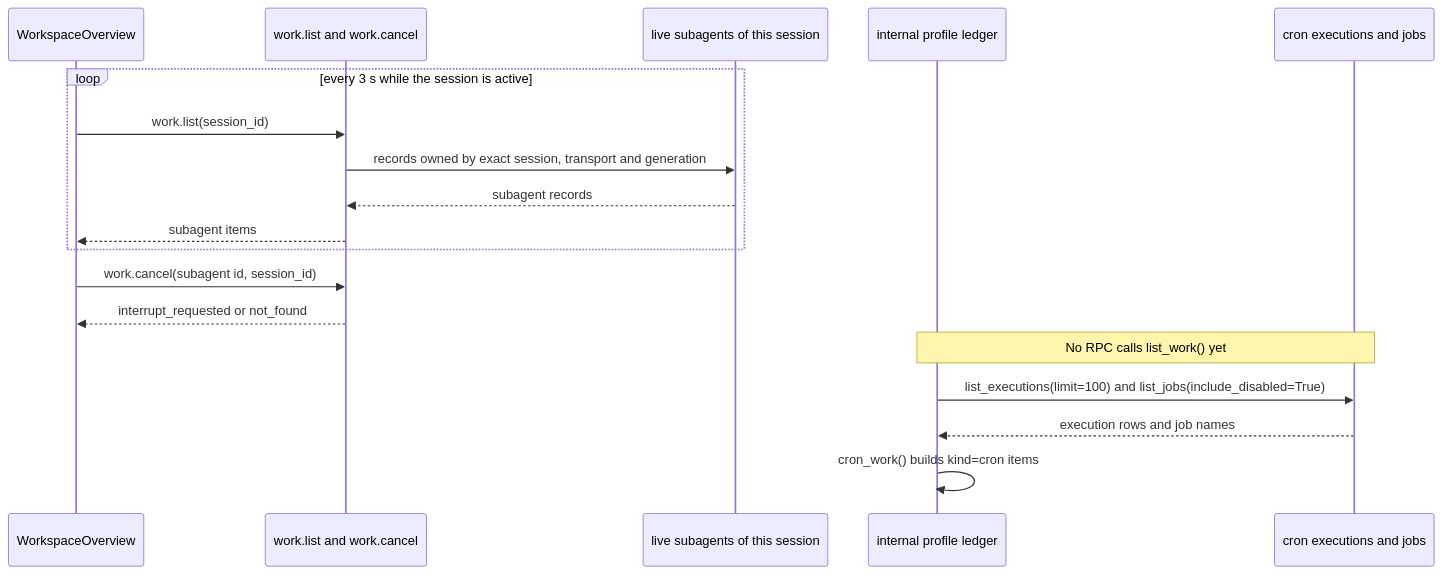
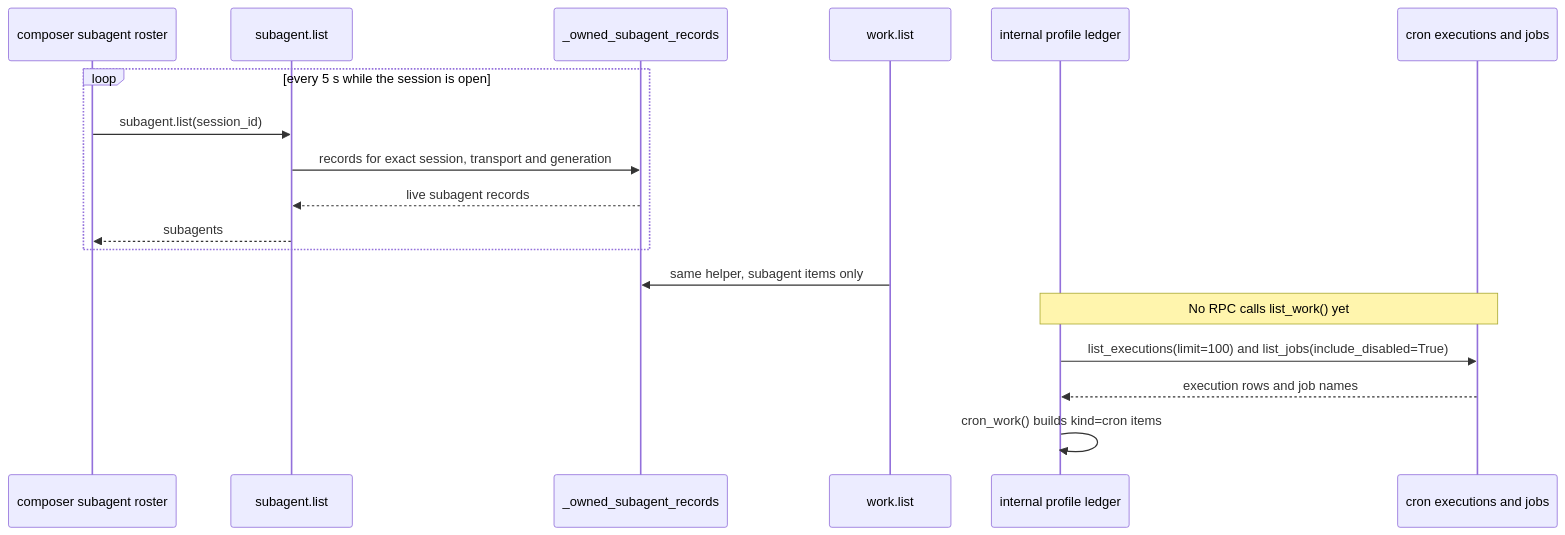
Before and after one commit to 9529360-cpu/stardust-hermes: the second of 2 diagrams in docs/developer-guide/work-ledger-system-design.md, drawn with Mermaid. The commit also changed other lines of this file, not shown here.

First line of the commit message:
docs(work): describe the backend-only scope of this branch

````diff
--- a/docs/developer-guide/work-ledger-system-design.md
+++ b/docs/developer-guide/work-ledger-system-design.md
@@ -101,22 +103,21 @@
 ```mermaid
 sequenceDiagram
-    participant UI as WorkspaceOverview
-    participant RPC as work.list and work.cancel
-    participant Live as live subagents of this session
+    participant Roster as composer subagent roster
+    participant SubList as subagent.list
+    participant Owned as _owned_subagent_records
+    participant WorkRpc as work.list
     participant Ledger as internal profile ledger
     participant Cron as cron executions and jobs
 
-    loop every 3 s while the session is active
-        UI->>RPC: work.list(session_id)
-        RPC->>Live: records owned by exact session, transport and generation
-        Live-->>RPC: subagent records
-        RPC-->>UI: subagent items
+    loop every 5 s while the session is open
+        Roster->>SubList: subagent.list(session_id)
+        SubList->>Owned: records for exact session, transport and generation
+        Owned-->>SubList: live subagent records
+        SubList-->>Roster: subagents
     end
-    UI->>RPC: work.cancel(subagent id, session_id)
-    RPC-->>UI: interrupt_requested or not_found
-
+    WorkRpc->>Owned: same helper, subagent items only
     Note over Ledger,Cron: No RPC calls list_work() yet
     Ledger->>Cron: list_executions(limit=100) and list_jobs(include_disabled=True)
     Cron-->>Ledger: execution rows and job names
     Ledger->>Ledger: cron_work() builds kind=cron items
 ```
````
